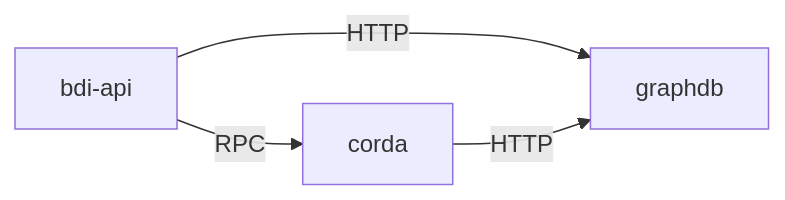
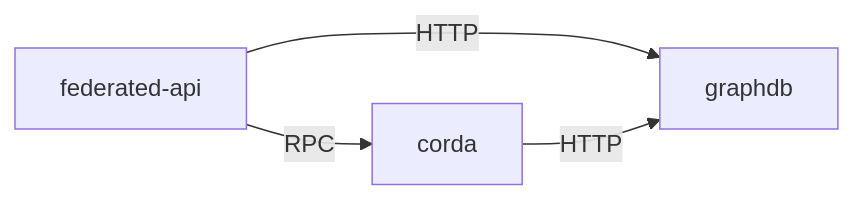
Before and after one commit to federatedplatforms/FEDeRATED-BDI: the second of 2 diagrams in docs/deployment.md, drawn with Mermaid. The commit also changed other lines of this file and 30 other files, not shown here.

Commit message:
Rename all occurrences of bdi to federated

````diff
--- a/docs/deployment.md
+++ b/docs/deployment.md
@@ -39,7 +39,7 @@
 ```mermaid
 flowchart LR
-        bdi-api -- HTTP --> graphdb
-        bdi-api -- RPC --> corda
+        federated-api -- HTTP --> graphdb
+        federated-api -- RPC --> corda
         corda -- HTTP --> graphdb
     
 ```
````
